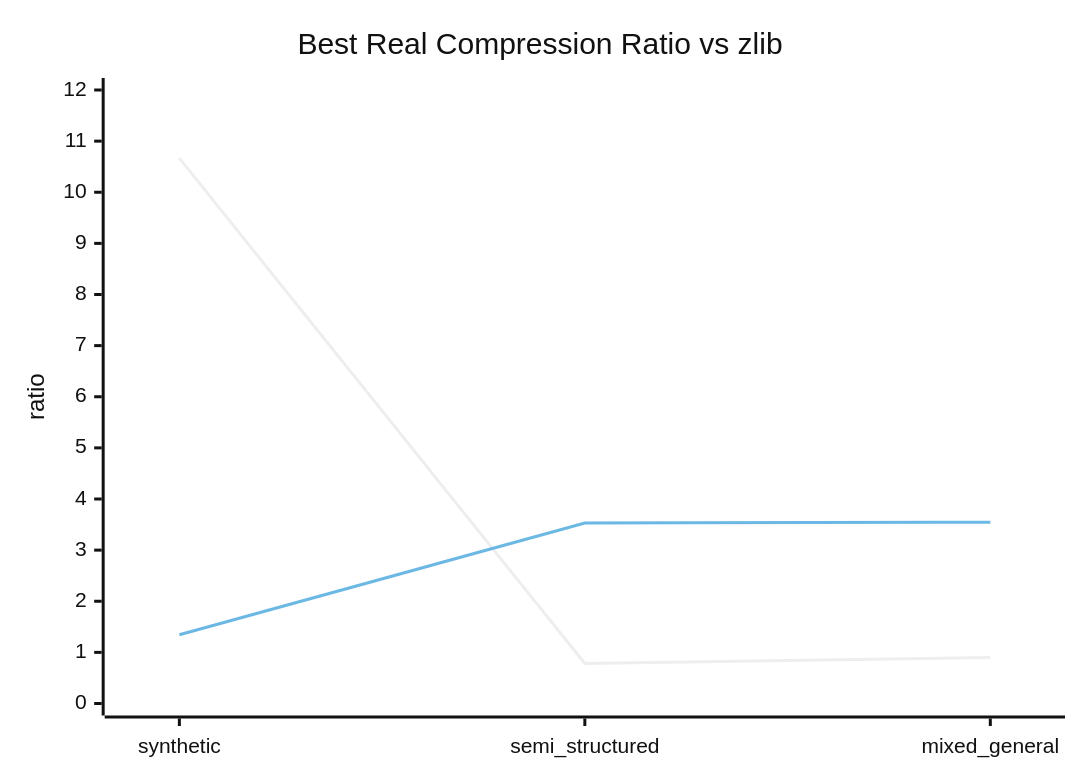
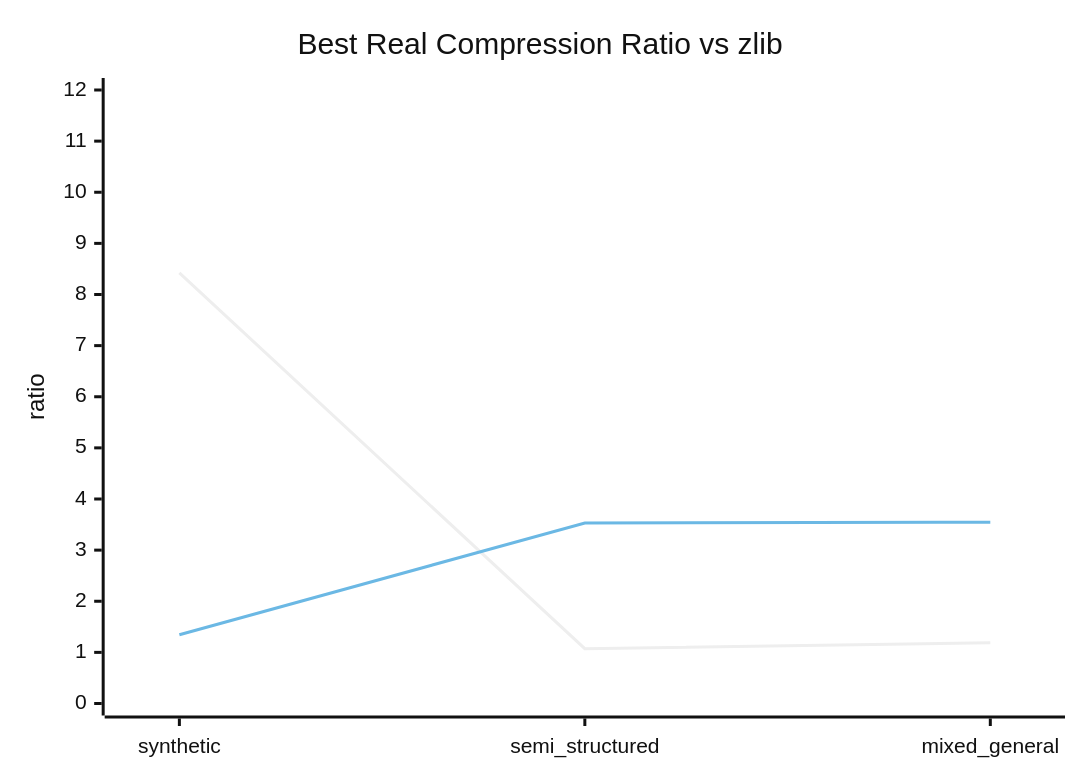
One commit to scruff2/Cube_Compression changed the third of 4 diagrams in README.md. Above: the diagram before and after it, drawn with Mermaid (neutral theme). The commit also changed other lines of this file and 26 other files, not shown here.

````diff
--- a/README.md
+++ b/README.md
@@ -194,8 +194,8 @@
 ```mermaid
 xychart-beta
     title "Best Real Compression Ratio vs zlib"
     x-axis [synthetic, semi_structured, mixed_general]
     y-axis "ratio" 0 --> 12
-    line [10.6667, 0.7821, 0.9008]
+    line [8.4211, 1.0731, 1.1874]
     line [1.3445, 3.5308, 3.5454]
 ```
````
